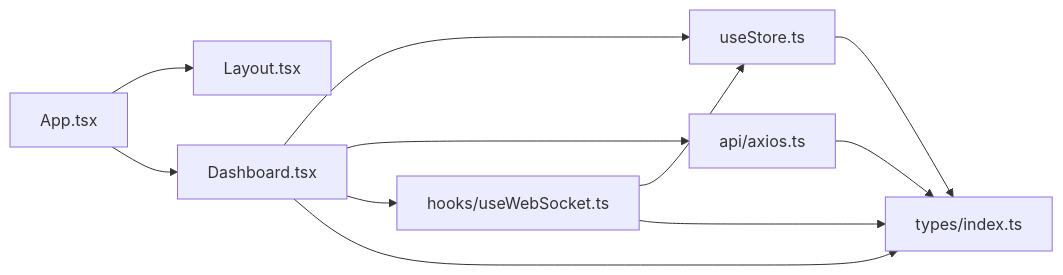
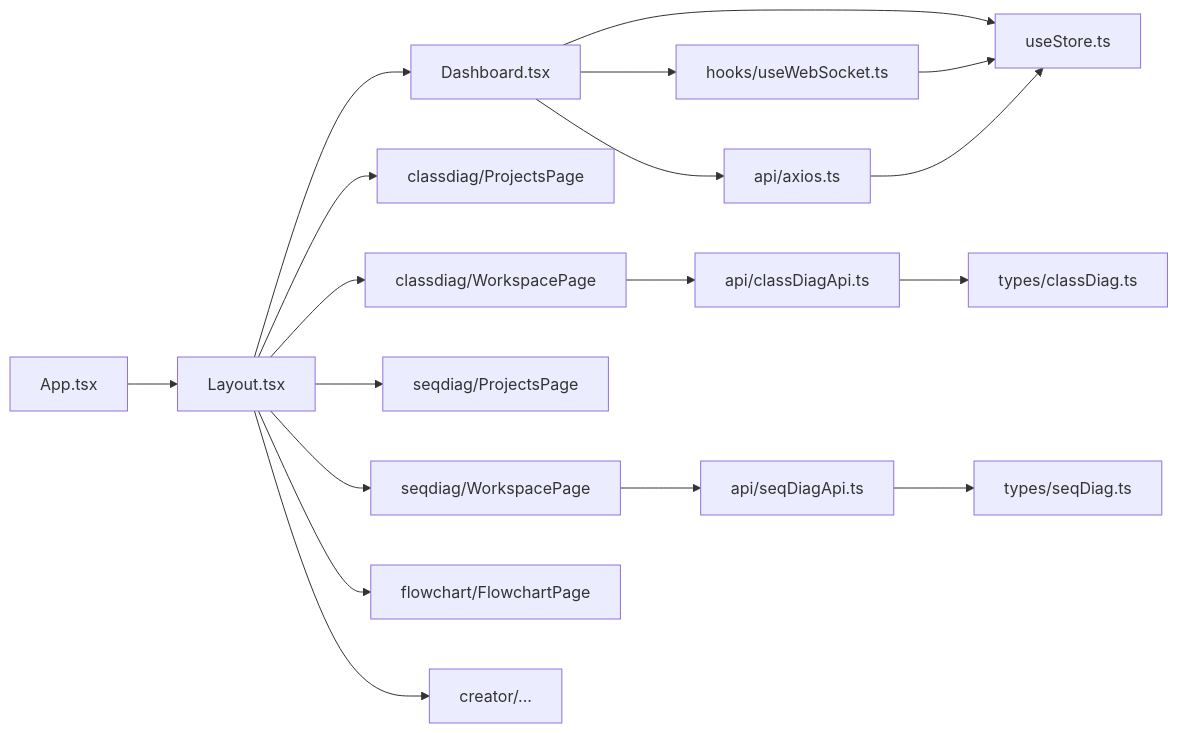
The second of 7 diagrams in docs/DIAGRAMS.md (zhaoja1205/automatedTest), drawn with Mermaid before and after one commit. The commit also changed other lines of this file and 5 other files, not shown here.

````diff
--- a/docs/DIAGRAMS.md
+++ b/docs/DIAGRAMS.md
@@ -67,15 +81,25 @@
 ```mermaid
 graph LR
     App[App.tsx] --> Layout[Layout.tsx]
-    App --> Dashboard[Dashboard.tsx]
+
+    Layout --> Dashboard[Dashboard.tsx]
+    Layout --> ClassDiagProjects[classdiag/ProjectsPage]
+    Layout --> ClassDiagWorkspace[classdiag/WorkspacePage]
+    Layout --> SeqDiagProjects[seqdiag/ProjectsPage]
+    Layout --> SeqDiagWorkspace[seqdiag/WorkspacePage]
+    Layout --> Flowchart[flowchart/FlowchartPage]
+    Layout --> Creator[creator/...]
 
     Dashboard --> Store[useStore.ts]
     Dashboard --> Axios[api/axios.ts]
     Dashboard --> WsHook[hooks/useWebSocket.ts]
-    Dashboard --> Types[types/index.ts]
+
+    ClassDiagWorkspace --> ClassDiagApi[api/classDiagApi.ts]
+    SeqDiagWorkspace --> SeqDiagApi[api/seqDiagApi.ts]
+
+    ClassDiagApi --> ClassDiagTypes[types/classDiag.ts]
+    SeqDiagApi --> SeqDiagTypes[types/seqDiag.ts]
 
     WsHook --> Store
-    WsHook --> Types
-    Axios --> Types
-    Store --> Types
+    Axios --> Store
 ```
````
